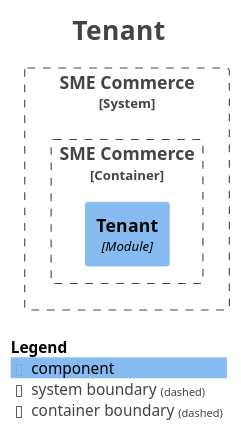
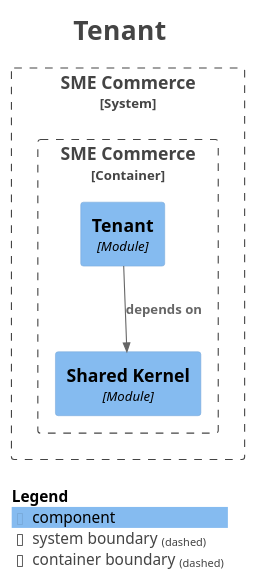
Before and after one commit to hezronokwach/sme-commerce-platform: the diagram in docs/modules/module-tenant.puml, drawn with PlantUML. The commit also changed 12 other files, not shown here.

First line of the commit message:
Add tenant module API for creating shops

```diff
--- a/docs/modules/module-tenant.puml
+++ b/docs/modules/module-tenant.puml
@@ -1,27 +1,30 @@
 @startuml
 title <size:24>Tenant</size>
 
 set separator none
 top to bottom direction
 
 <style>
   root {
     BackgroundColor: #ffffff
     FontColor: #444444
   }
 </style>
 
 !include <C4/C4>
 !include <C4/C4_Context>
 !include <C4/C4_Component>
 
 System_Boundary("SMECommerce_boundary", "SME Commerce", $tags="") {
   Container_Boundary("SMECommerce.SMECommerce_boundary", "SME Commerce", $tags="") {
+    Component(SMECommerce.SMECommerce.SharedKernel, "Shared Kernel", $techn="Module", $descr="", $tags="", $link="")
     Component(SMECommerce.SMECommerce.Tenant, "Tenant", $techn="Module", $descr="", $tags="", $link="")
   }
 
 }
 
+Rel(SMECommerce.SMECommerce.Tenant, SMECommerce.SMECommerce.SharedKernel, "depends on", $techn="", $tags="", $link="")
+
 SHOW_LEGEND(true)
 hide stereotypes
 @enduml
```
